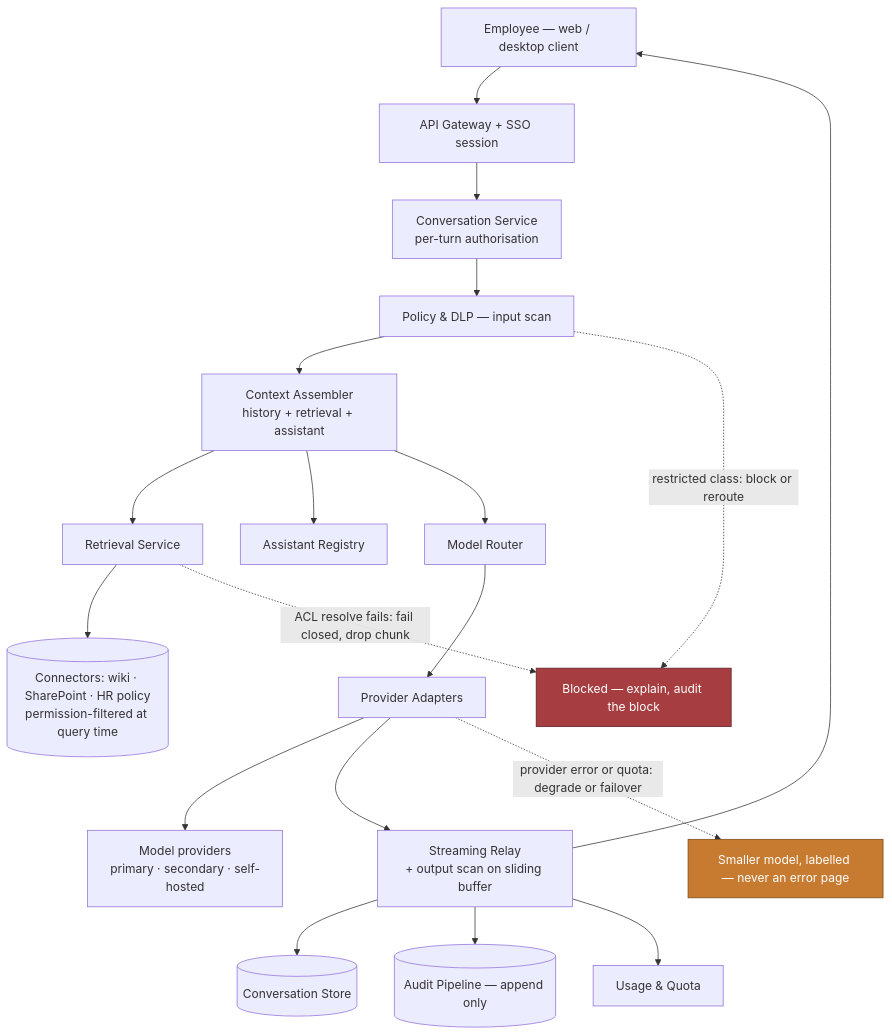
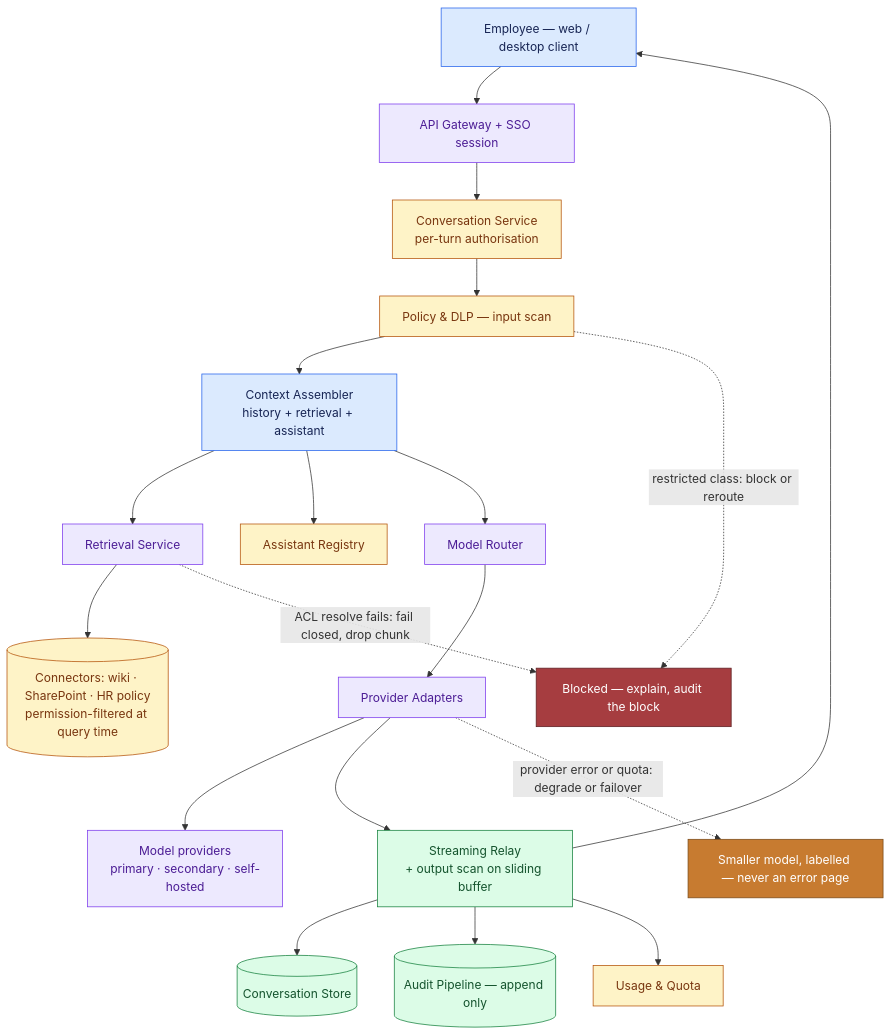
Before and after one commit to Sourav692/Forward-Deployed-Engineer-Interview-Prep: the first of 2 diagrams in site/content/modules/15-fde-case-studies/standalone-designs/enterprise-chatbot-platform/tutorial-v2-part-2.md, drawn with Mermaid. The commit also changed other lines of this file and 1268 other files, not shown here.

First line of the commit message:
content: polish Casebook writing and Mermaid diagrams (#251)

````diff
--- a/site/content/modules/15-fde-case-studies/standalone-designs/enterprise-chatbot-platform/tutorial-v2-part-2.md
+++ b/site/content/modules/15-fde-case-studies/standalone-designs/enterprise-chatbot-platform/tutorial-v2-part-2.md
@@ -150,25 +150,37 @@
 ```mermaid
 flowchart TB
     U["Employee — web / desktop client"] --> GW["API Gateway + SSO session"]
     GW --> CONV["Conversation Service<br/>per-turn authorisation"]
     CONV --> POL["Policy & DLP — input scan"]
     POL --> ASM["Context Assembler<br/>history + retrieval + assistant"]
     ASM --> RET["Retrieval Service"]
     RET --> CONN[("Connectors: wiki · SharePoint · HR policy<br/>permission-filtered at query time")]
     ASM --> AREG["Assistant Registry"]
     ASM --> ROUTE["Model Router"]
     ROUTE --> ADP["Provider Adapters"]
     ADP --> EXT["Model providers<br/>primary · secondary · self-hosted"]
     ADP --> RELAY["Streaming Relay<br/>+ output scan on sliding buffer"]
     RELAY --> U
     RELAY --> STORE[("Conversation Store")]
     RELAY --> AUD[("Audit Pipeline — append only")]
     RELAY --> USE["Usage & Quota"]
 
     POL -. "restricted class: block or reroute" .-> DENY["Blocked — explain, audit the block"]
     RET -. "ACL resolve fails: fail closed, drop chunk" .-> DENY
     ADP -. "provider error or quota: degrade or failover" .-> DEG["Smaller model, labelled — never an error page"]
 
     style DENY fill:#a63d40,stroke:#5c1f22,color:#fff
     style DEG fill:#c77b30,stroke:#7a4a18,color:#fff
+
+    %% Casebook colours: entry, reasoning, results, controls, and stopped paths.
+    classDef cbInput fill:#dbeafe,stroke:#2563eb,color:#172554
+    class U,ASM cbInput
+    classDef cbReason fill:#ede9fe,stroke:#7c3aed,color:#4c1d95
+    class GW,RET,ROUTE,ADP,EXT,DEG cbReason
+    classDef cbPolicy fill:#fef3c7,stroke:#b45309,color:#78350f
+    class CONV,POL,CONN,AREG,USE cbPolicy
+    classDef cbAction fill:#dcfce7,stroke:#15803d,color:#14532d
+    class RELAY,STORE,AUD cbAction
+    classDef cbStop fill:#fee2e2,stroke:#dc2626,color:#7f1d1d
+    class DENY cbStop
 ```
````
